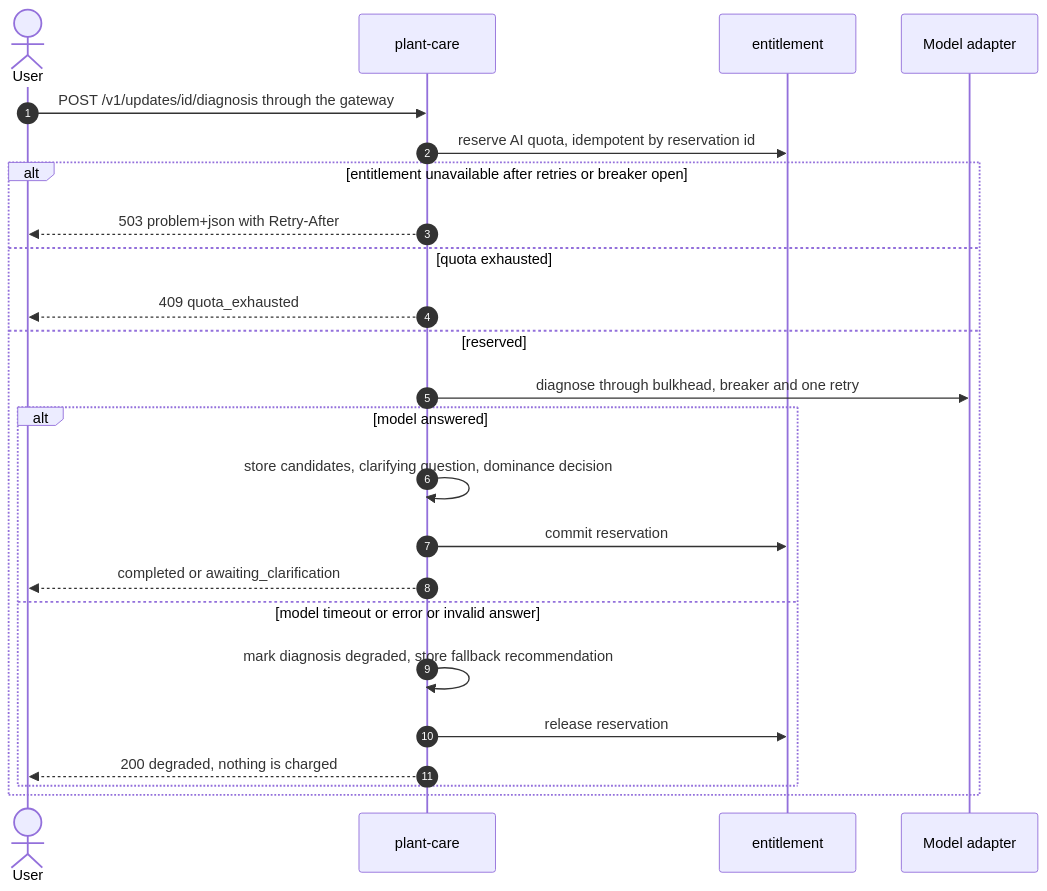
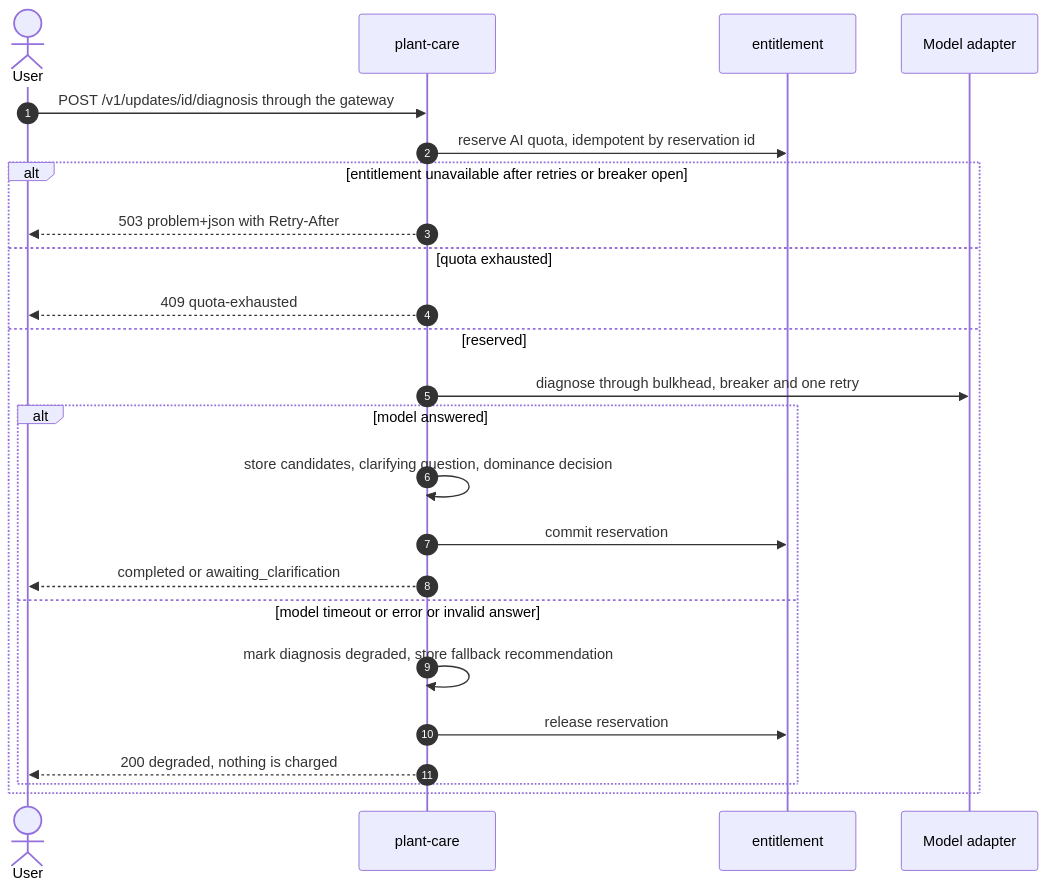
One commit to DaniilTsitavets/diploma-growpath-backend changed the fourth of 6 diagrams in docs/architecture.md. Above: the diagram before and after it, drawn with Mermaid. The commit also changed 77 other files, not shown here.

````diff
--- a/docs/architecture.md
+++ b/docs/architecture.md
@@ -256,26 +256,26 @@
 ```mermaid
 sequenceDiagram
     autonumber
     actor U as User
     participant P as plant-care
     participant E as entitlement
     participant M as Model adapter
     U->>P: POST /v1/updates/id/diagnosis through the gateway
     P->>E: reserve AI quota, idempotent by reservation id
     alt entitlement unavailable after retries or breaker open
         P-->>U: 503 problem+json with Retry-After
     else quota exhausted
-        P-->>U: 409 quota_exhausted
+        P-->>U: 409 quota-exhausted
     else reserved
         P->>M: diagnose through bulkhead, breaker and one retry
         alt model answered
             P->>P: store candidates, clarifying question, dominance decision
             P->>E: commit reservation
             P-->>U: completed or awaiting_clarification
         else model timeout or error or invalid answer
             P->>P: mark diagnosis degraded, store fallback recommendation
             P->>E: release reservation
             P-->>U: 200 degraded, nothing is charged
         end
     end
 ```
````
